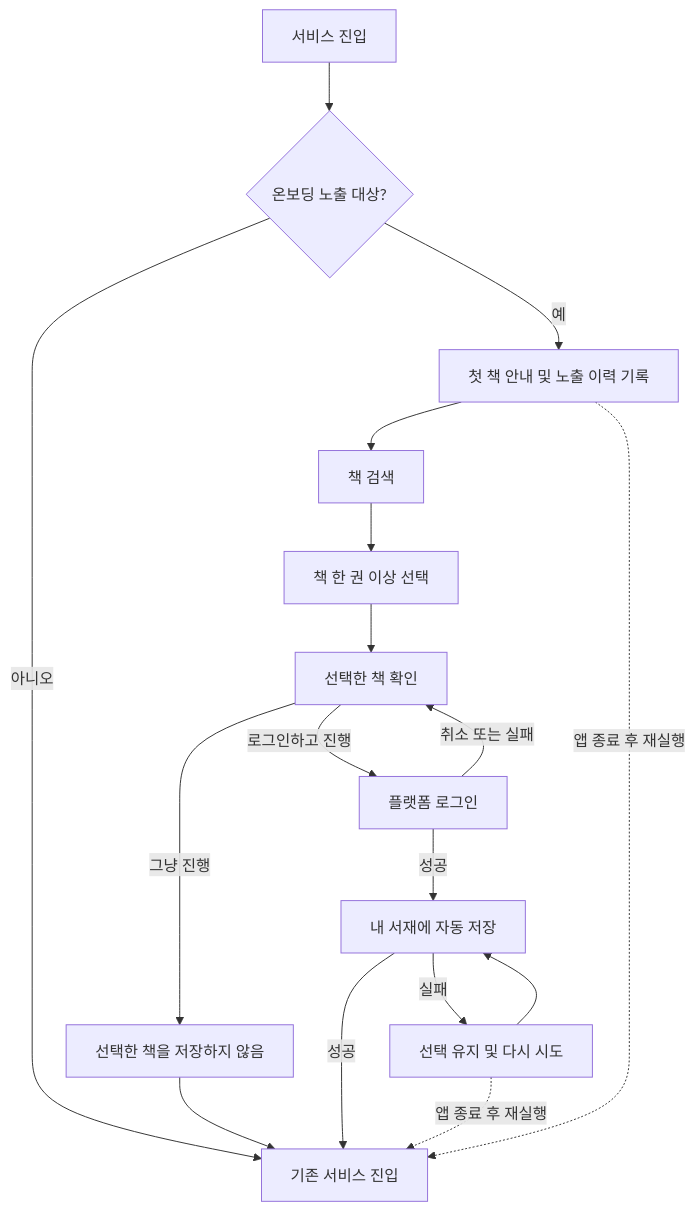
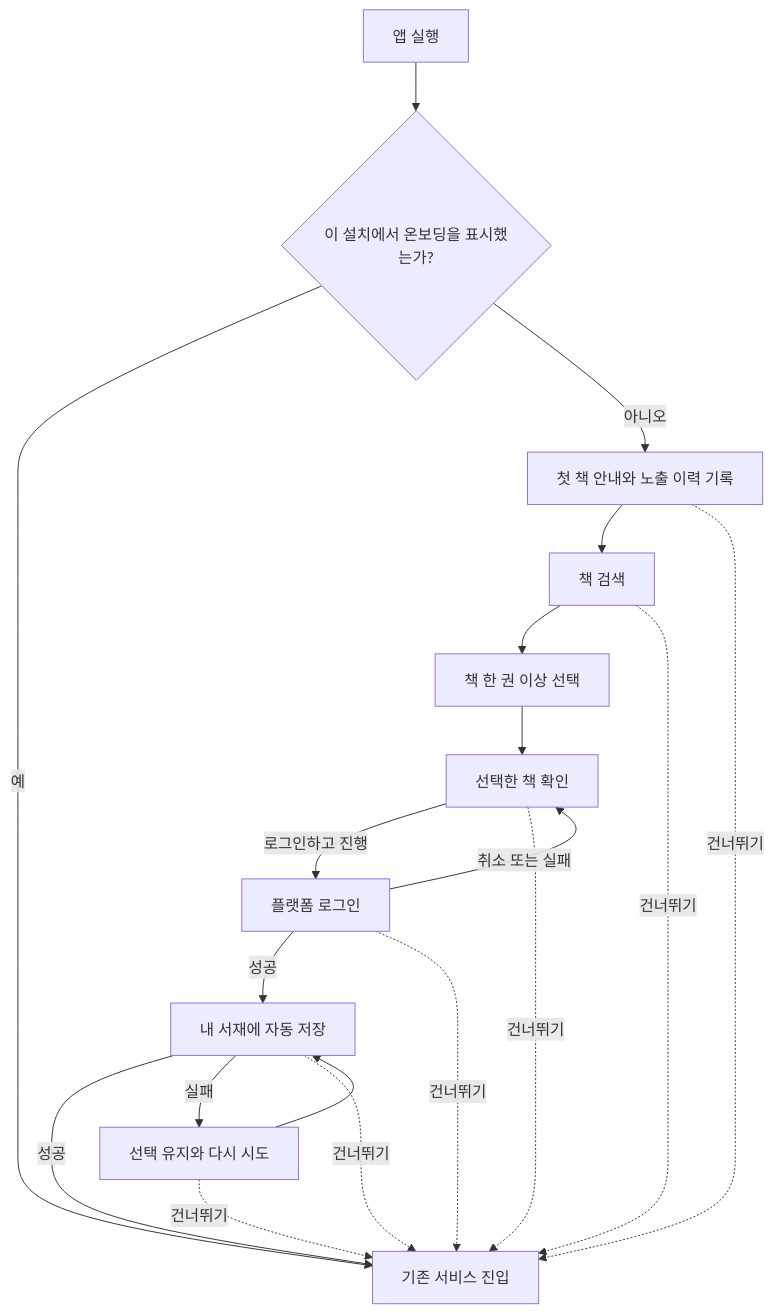
One commit to woowacourse-teams/2026-chaekchaek changed the diagram in docs/first-library-onboarding.md. Above: the diagram before and after it, drawn with Mermaid. The commit also changed other lines of this file and 10 other files, not shown here.

````diff
--- a/docs/first-library-onboarding.md
+++ b/docs/first-library-onboarding.md
@@ -34,19 +34,21 @@
 ```mermaid
 flowchart TD
-    entry[서비스 진입] --> target{온보딩 노출 대상?}
-    target -->|아니오| service[기존 서비스 진입]
-    target -->|예| intro[첫 책 안내 및 노출 이력 기록]
+    entry[앱 실행] --> shown{이 설치에서 온보딩을 표시했는가?}
+    shown -->|예| service[기존 서비스 진입]
+    shown -->|아니오| intro[첫 책 안내와 노출 이력 기록]
     intro --> search[책 검색]
     search --> select[책 한 권 이상 선택]
     select --> choice[선택한 책 확인]
-    choice -->|그냥 진행| discard[선택한 책을 저장하지 않음]
-    discard --> service
     choice -->|로그인하고 진행| login[플랫폼 로그인]
     login -->|취소 또는 실패| choice
     login -->|성공| save[내 서재에 자동 저장]
     save -->|성공| service
-    save -->|실패| retry[선택 유지 및 다시 시도]
+    save -->|실패| retry[선택 유지와 다시 시도]
     retry --> save
-    intro -. 앱 종료 후 재실행 .-> service
-    retry -. 앱 종료 후 재실행 .-> service
+    intro -. 건너뛰기 .-> service
+    search -. 건너뛰기 .-> service
+    choice -. 건너뛰기 .-> service
+    login -. 건너뛰기 .-> service
+    save -. 건너뛰기 .-> service
+    retry -. 건너뛰기 .-> service
 ```
````
